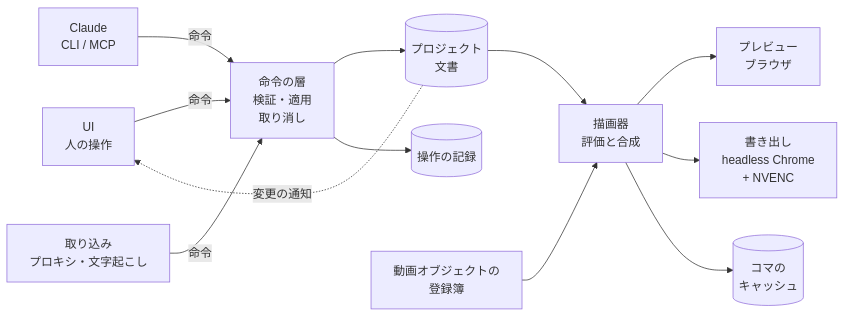
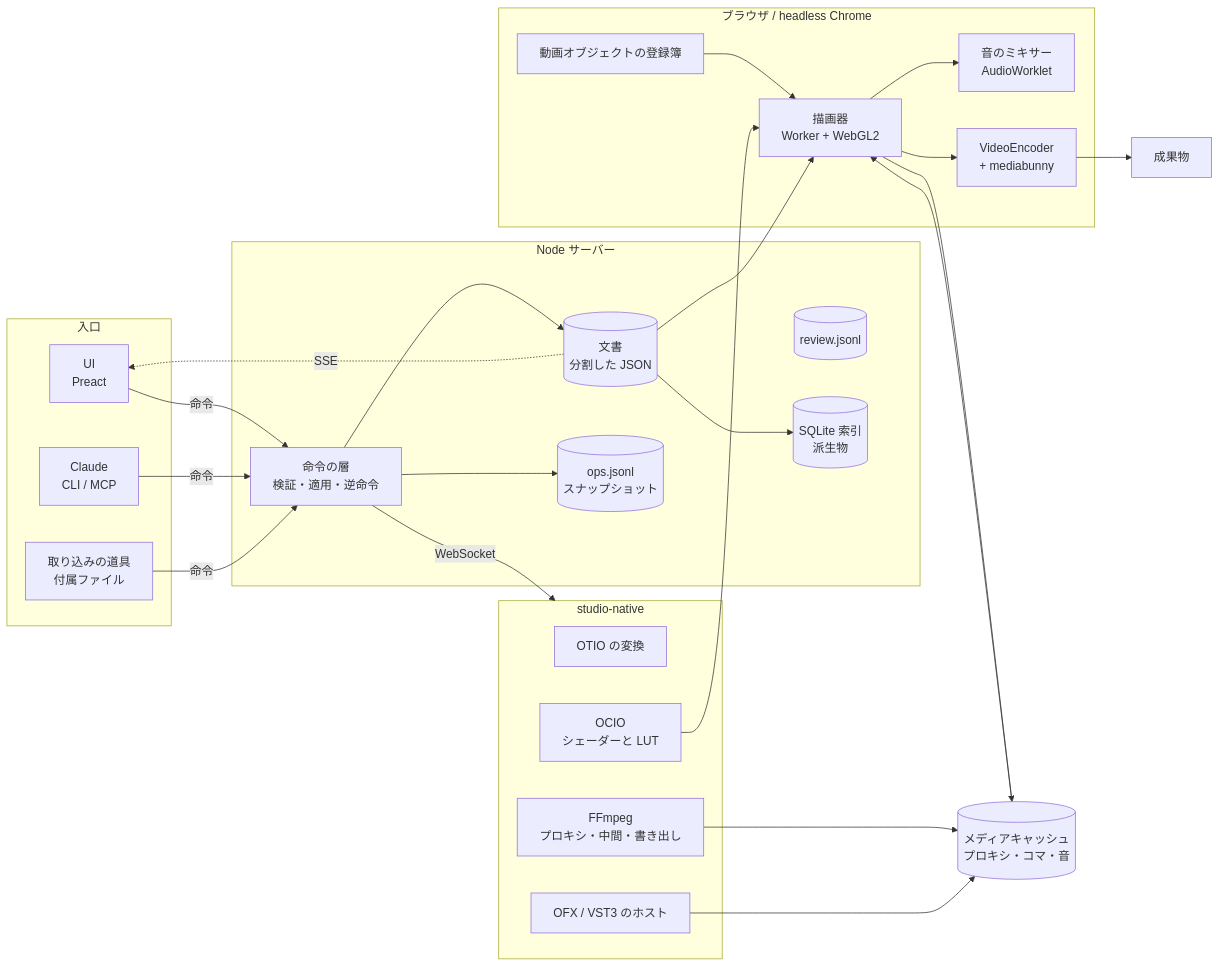
The first of 3 diagrams in studio/docs/design.md (Durun/claude-marketplace), drawn with Mermaid before and after one commit. The commit also changed other lines of this file and 2 other files, not shown here.

First line of the commit message:
docs(studio): レビューと業界標準の規格を反映して設計書を改訂する

````diff
--- a/studio/docs/design.md
+++ b/studio/docs/design.md
@@ -31,14 +60,46 @@
 ```mermaid
 flowchart LR
-  UI[UI<br>人の操作] -- 命令 --> OPS
-  CL[Claude<br>CLI / MCP] -- 命令 --> OPS
-  OPS[命令の層<br>検証・適用<br>取り消し] --> DOC[(プロジェクト<br>文書)]
-  OPS --> LOG[(操作の記録)]
-  DOC --> ENG[描画器<br>評価と合成]
-  REG[動画オブジェクトの<br>登録簿] --> ENG
-  ENG --> PV[プレビュー<br>ブラウザ]
-  ENG --> RD[書き出し<br>headless Chrome<br>+ NVENC]
-  ENG --> CACHE[(コマの<br>キャッシュ)]
-  DOC -. 変更の通知 .-> UI
-  ING[取り込み<br>プロキシ・文字起こし] -- 命令 --> OPS
+  subgraph IN[入口]
+    UI[UI<br>Preact]
+    CL[Claude<br>CLI / MCP]
+    ING[取り込みの道具<br>付属ファイル]
+  end
+  subgraph NODE[Node サーバー]
+    OPS[命令の層<br>検証・適用・逆命令]
+    DOC[(文書<br>分割した JSON)]
+    LOG[(ops.jsonl<br>スナップショット)]
+    REV[(review.jsonl)]
+    IDX[(SQLite 索引<br>派生物)]
+  end
+  subgraph BR[ブラウザ / headless Chrome]
+    ENG[描画器<br>Worker + WebGL2]
+    MIX[音のミキサー<br>AudioWorklet]
+    REG[動画オブジェクトの登録簿]
+    ENC[VideoEncoder<br>+ mediabunny]
+  end
+  subgraph NAT[studio-native]
+    OTIO[OTIO の変換]
+    OCIO[OCIO<br>シェーダーと LUT]
+    FF[FFmpeg<br>プロキシ・中間・書き出し]
+    OFX[OFX / VST3 のホスト]
+  end
+  CACHE[(メディアキャッシュ<br>プロキシ・コマ・音)]
+  UI -- 命令 --> OPS
+  CL -- 命令 --> OPS
+  ING -- 命令 --> OPS
+  OPS --> DOC
+  OPS --> LOG
+  DOC --> IDX
+  DOC -. SSE .-> UI
+  DOC --> ENG
+  REG --> ENG
+  ENG --> MIX
+  ENG --> ENC
+  ENC --> OUT[成果物]
+  CACHE --> ENG
+  ENG --> CACHE
+  OPS -- WebSocket --> NAT
+  FF --> CACHE
+  OFX --> CACHE
+  OCIO --> ENG
 ```
````
